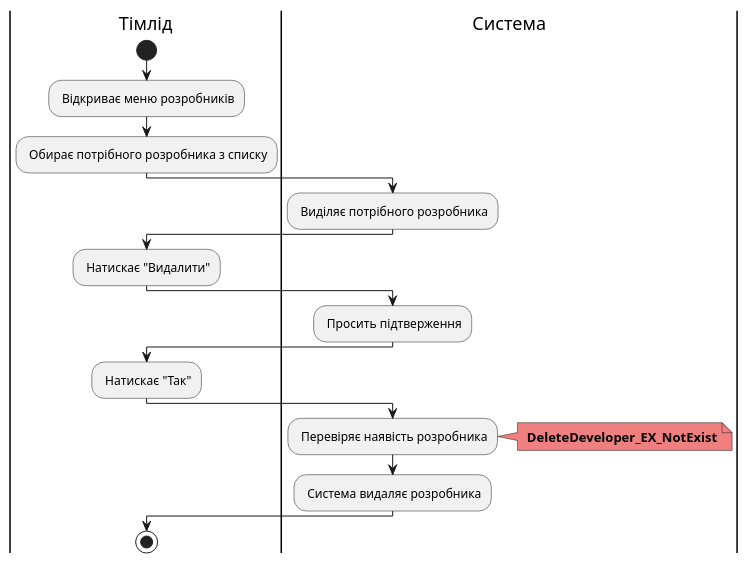
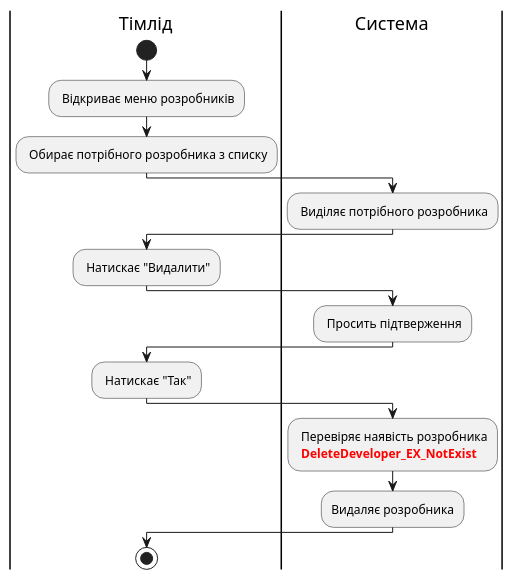
One commit to edu-db/edu_db_labs changed diagram 13 of 19 in docs/use cases/README.md. Above: the diagram before and after it, drawn with PlantUML. The commit also changed other lines of this file, not shown here.

```diff
--- a/docs/use cases/README.md
+++ b/docs/use cases/README.md
@@ -517,32 +501,32 @@
 @startuml
 
     |Тімлід|
     start;
     : Відкриває меню розробників;
 
     |Тімлід|
     : Обирає потрібного розробника з списку;
 
     |Система|
     : Виділяє потрібного розробника;
 
     |Тімлід|
     : Натискає "Видалити";
 
     |Система|
     : Просить підтверження;
 
     |Тімлід|
     : Натискає "Так";
 
     |Система|
-    : Перевіряє наявість розробника;
-    note right #F08080
-    <b> DeleteDeveloper_EX_NotExist
-    end note
-    : Система видаляє розробника;
+    : Перевіряє наявість розробника
+    <font color="red"><b> DeleteDeveloper_EX_NotExist;
+
+    |Система|
+    :Видаляє розробника;
 
     |Тімлід|
     stop;
 
 @enduml
```
